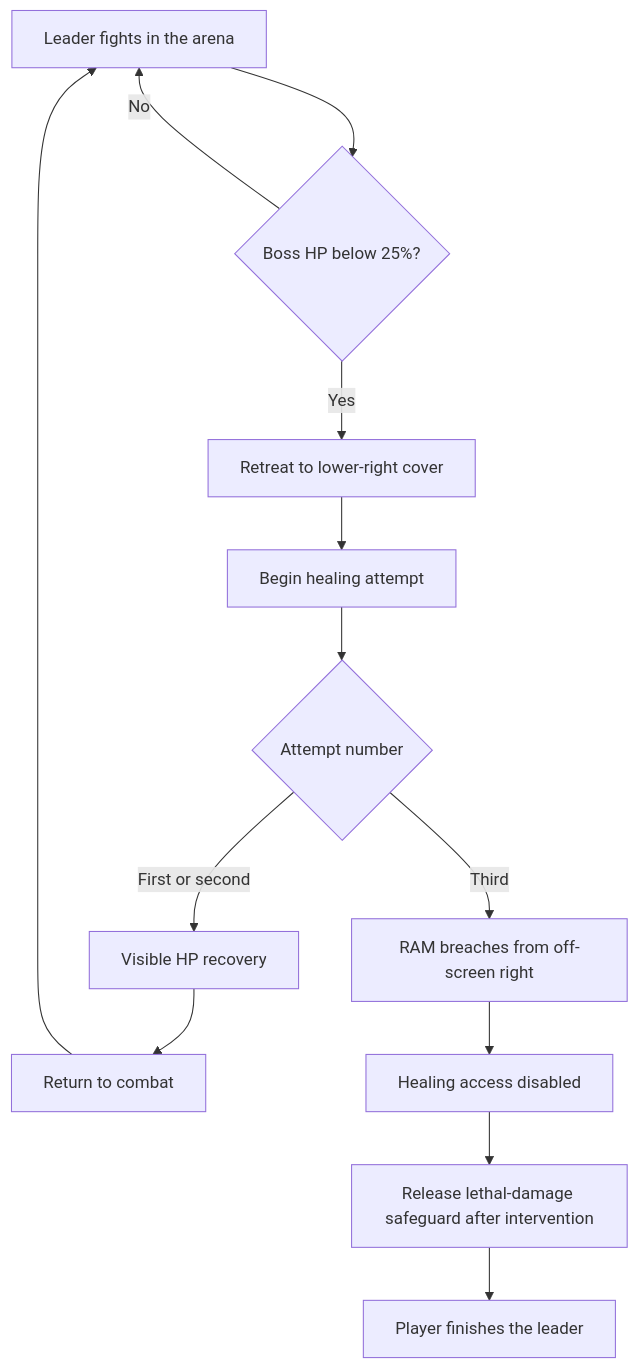
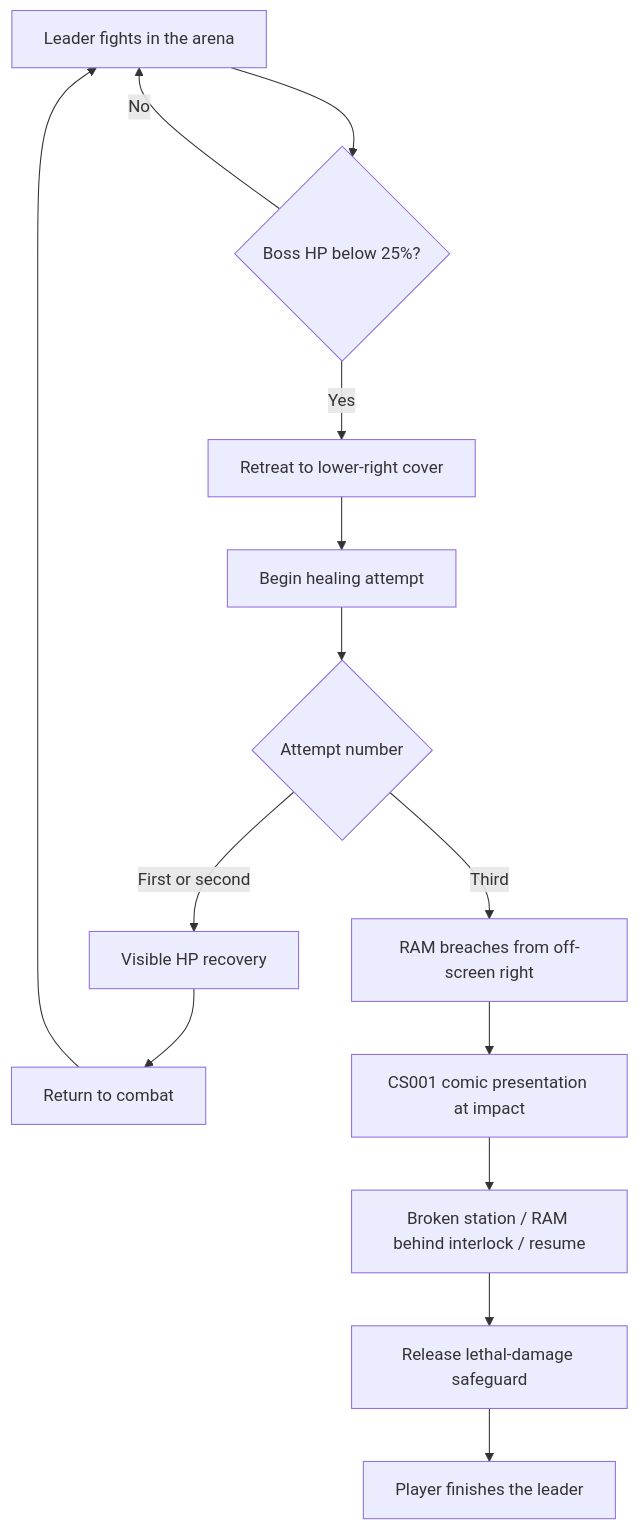
Before and after one commit to justgook/imprint-zero: the diagram in bosses/bs001.md, drawn with Mermaid. The commit also changed other lines of this file and 24 other files, not shown here.

Commit message:
📝(cutscenes): add stable scene catalogue and M03 RAM introductions

````diff
--- a/bosses/bs001.md
+++ b/bosses/bs001.md
@@ -24,15 +24,17 @@
 ```mermaid
 flowchart TD
     Fight[Leader fights in the arena] --> Low{Boss HP below 25%?}
     Low -->|No| Fight
     Low -->|Yes| Retreat[Retreat to lower-right cover]
     Retreat --> Start[Begin healing attempt]
     Start --> Count{Attempt number}
     Count -->|First or second| Recover[Visible HP recovery]
     Recover --> Return[Return to combat]
     Return --> Fight
     Count -->|Third| RAM[RAM breaches from off-screen right]
-    RAM --> EndHeal[Healing access disabled]
-    EndHeal --> Release[Release lethal-damage safeguard after intervention]
+    RAM --> Scene[CS001 comic presentation at impact]
+    Scene --> Resume[Broken station / RAM behind interlock / resume]
+    Resume --> Release[Release lethal-damage safeguard]
     Release --> Finish[Player finishes the leader]
+    click Scene href "#/cutscenes/cs001"
 ```
````
